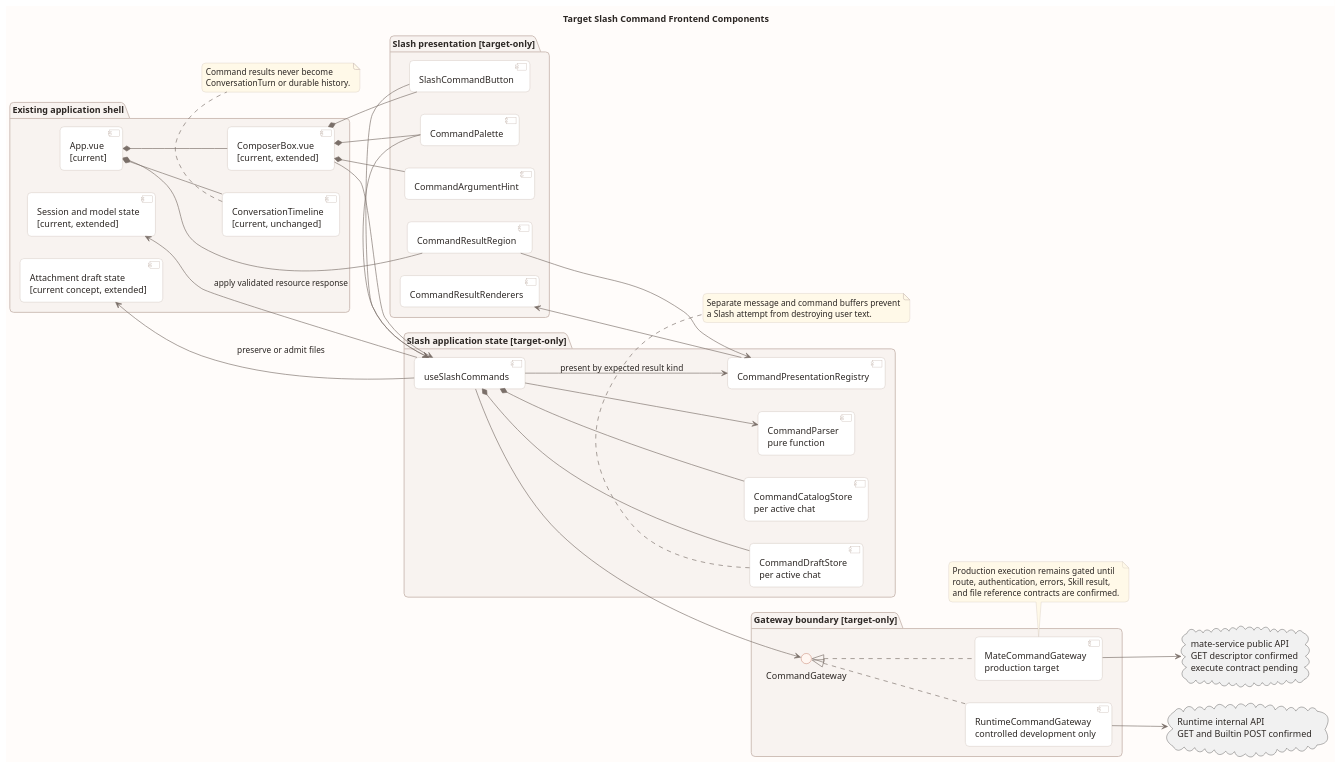
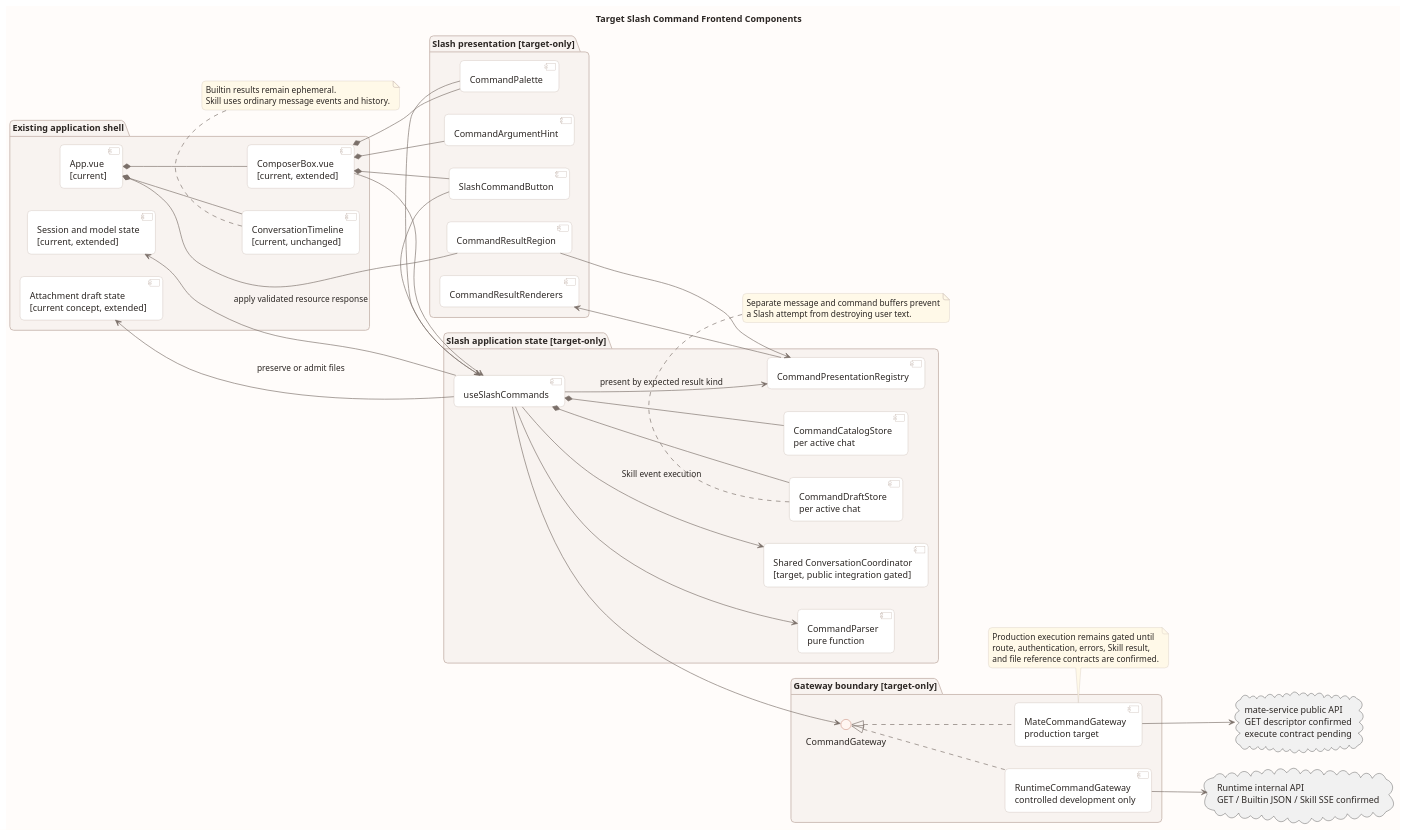
Before and after one commit to ssm0808/pi-mono-java-design: the first of 3 diagrams in 04-命令与技能/00-Slash-Command通用模块/前端设计/diagram.puml, drawn with PlantUML. The commit also changed other lines of this file and 18 other files, not shown here.

```diff
--- a/04-命令与技能/00-Slash-Command通用模块/前端设计/diagram.puml
+++ b/04-命令与技能/00-Slash-Command通用模块/前端设计/diagram.puml
@@ -1,101 +1,105 @@
 @startuml target_slash_command_frontend_components
 title Target Slash Command Frontend Components
 
 ' Source baseline: pi-mono-java@6f52fddc87a03c20916fc7b6ef1de87f6a7a8cf5
 ' Source evidence: frontend/src/App.vue, setup and submit
 ' Source evidence: frontend/src/components/ComposerBox.vue, handleKeydown and template
 ' Source evidence: frontend/src/composables/useRuntimeApi.ts, sendMessage and requestRaw
 ' Source evidence: frontend/src/types/product.ts and frontend/src/types/runtime.ts
 ' Contract evidence: executeSessionCommand response variants at design baseline 88f4df16
+' Contract update: design 2ee2a321 B13 confirms internal Skill SSE; Builtin JSON is unchanged.
+' Public mapping remains gated; Skill shares the target conversation coordinator.
 ' Observed behavior: the current debug workbench has one message draft and no command gateway, catalog, parser, or command result projection.
 ' Target-only design: every element marked target is proposed and is not implemented at the source baseline.
 ' Design reason: keep discovery, immutable invocation decoding, ephemeral results, and ordinary chat history as separate responsibilities.
 
 skinparam backgroundColor #FFFCFA
 skinparam shadowing false
 skinparam roundcorner 12
 skinparam defaultFontName Arial
 skinparam defaultFontColor #2C2724
 skinparam ArrowColor #7A6F69
 skinparam packageBorderColor #CDBEB6
 skinparam packageBackgroundColor #F8F3F0
 skinparam componentBorderColor #BFAEA5
 skinparam componentBackgroundColor #FFFFFF
 skinparam interfaceBorderColor #A9472B
 skinparam interfaceBackgroundColor #FFF6F1
 skinparam noteBorderColor #CDBEB6
 skinparam noteBackgroundColor #FFF9E8
 left to right direction
 
 package "Existing application shell" as ExistingPkg {
   component "App.vue\n[current]" as App
   component "ComposerBox.vue\n[current, extended]" as Composer
   component "ConversationTimeline\n[current, unchanged]" as Timeline
   component "Session and model state\n[current, extended]" as SessionState
   component "Attachment draft state\n[current concept, extended]" as AttachmentState
 }
 
 package "Slash presentation [target-only]" as PresentationPkg {
   component "SlashCommandButton" as SlashButton
   component "CommandPalette" as Palette
   component "CommandArgumentHint" as ArgumentHint
   component "CommandResultRegion" as ResultRegion
   component "CommandResultRenderers" as Renderers
 }
 
 package "Slash application state [target-only]" as StatePkg {
   component "useSlashCommands" as UseSlash
   component "CommandDraftStore\nper active chat" as DraftStore
   component "CommandCatalogStore\nper active chat" as CatalogStore
   component "CommandParser\npure function" as Parser
   component "CommandPresentationRegistry" as Registry
+  component "Shared ConversationCoordinator\n[target, public integration gated]" as Conversation
 }
 
 package "Gateway boundary [target-only]" as GatewayPkg {
   interface "CommandGateway" as Gateway
   component "MateCommandGateway\nproduction target" as MateGateway
   component "RuntimeCommandGateway\ncontrolled development only" as RuntimeGateway
 }
 
 cloud "mate-service public API\nGET descriptor confirmed\nexecute contract pending" as MateApi
-cloud "Runtime internal API\nGET and Builtin POST confirmed" as RuntimeApi
+cloud "Runtime internal API\nGET / Builtin JSON / Skill SSE confirmed" as RuntimeApi
 
 App *-- Composer
 App *-- Timeline
 App *-- ResultRegion
 Composer *-- SlashButton
 Composer *-- Palette
 Composer *-- ArgumentHint
 Composer --> UseSlash
 SlashButton --> UseSlash
 Palette --> UseSlash
 ResultRegion --> Registry
 UseSlash *-- DraftStore
 UseSlash *-- CatalogStore
 UseSlash --> Parser
 UseSlash --> Registry : present by expected result kind
 UseSlash --> Gateway
+UseSlash --> Conversation : Skill event execution
 UseSlash --> SessionState : apply validated resource response
 UseSlash --> AttachmentState : preserve or admit files
 Registry --> Renderers
 Gateway <|.. MateGateway
 Gateway <|.. RuntimeGateway
 MateGateway --> MateApi
 RuntimeGateway --> RuntimeApi
 
 note bottom of Timeline
-  Command results never become
-  ConversationTurn or durable history.
+  Builtin results remain ephemeral.
+  Skill uses ordinary message events and history.
 end note
 
 note bottom of MateGateway
   Production execution remains gated until
   route, authentication, errors, Skill result,
   and file reference contracts are confirmed.
 end note
 
 note bottom of DraftStore
   Separate message and command buffers prevent
   a Slash attempt from destroying user text.
 end note
 @enduml
```
